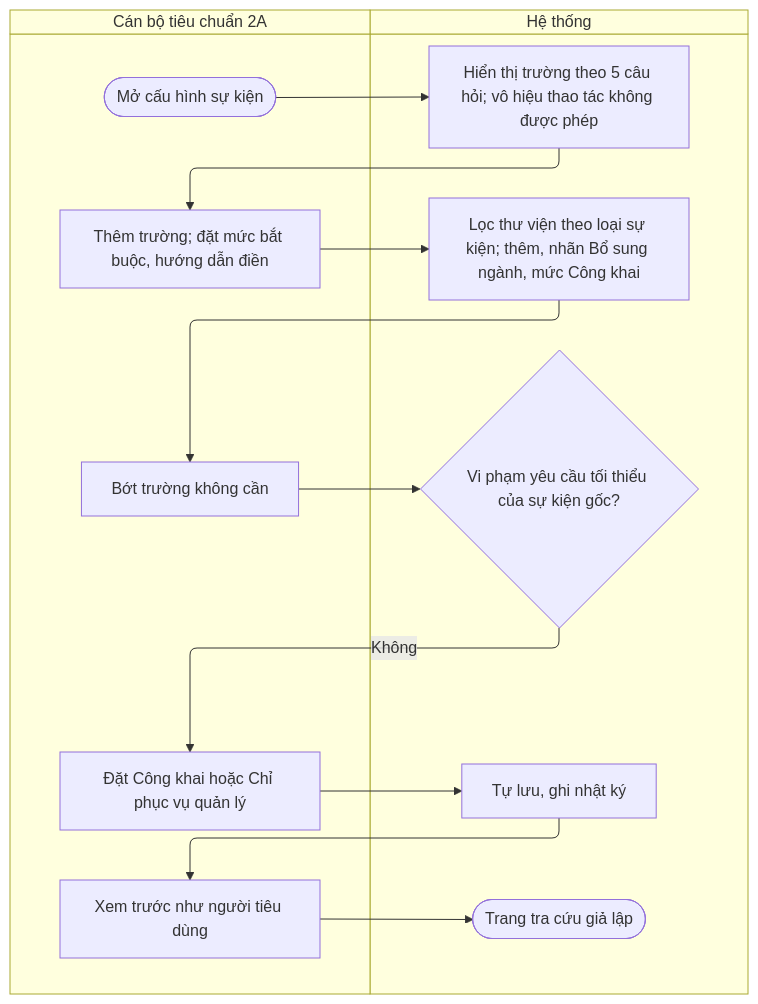
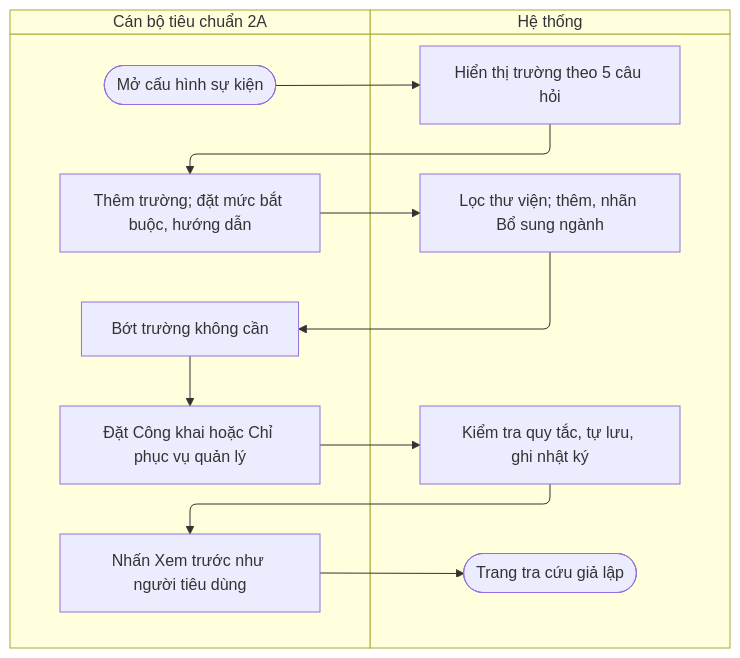
The first of 2 diagrams in docs/prd/quy-trinh-tieu-chuan-txng/7.3-cau-hinh-truong-thong-tin.md (cuongnh-rd/ndatrace-attp), drawn with Mermaid before and after one commit. The commit also changed other lines of this file and 9 other files, not shown here.

First line of the commit message:
docs(prd): vẽ lại swimlane Quy trình tiêu chuẩn TXNG, phạm vi trùng ngành theo cơ quan cấp 2, sửa tham chiếu luồng

````diff
--- a/docs/prd/quy-trinh-tieu-chuan-txng/7.3-cau-hinh-truong-thong-tin.md
+++ b/docs/prd/quy-trinh-tieu-chuan-txng/7.3-cau-hinh-truong-thong-tin.md
@@ -43,26 +43,24 @@
 ```mermaid
 swimlane-beta TB
   subgraph CB["Cán bộ tiêu chuẩn 2A"]
     s(["Mở cấu hình sự kiện"])
-    c1["Thêm trường; đặt mức bắt buộc, hướng dẫn điền"]
+    c1["Thêm trường; đặt mức bắt buộc, hướng dẫn"]
     c2["Bớt trường không cần"]
     c3["Đặt Công khai hoặc Chỉ phục vụ quản lý"]
-    c4["Xem trước như người tiêu dùng"]
+    c4["Nhấn Xem trước như người tiêu dùng"]
   end
   subgraph HT["Hệ thống"]
-    h1["Hiển thị trường theo 5 câu hỏi; vô hiệu thao tác không được phép"]
-    h2["Lọc thư viện theo loại sự kiện; thêm, nhãn Bổ sung ngành, mức Công khai"]
-    d1{"Vi phạm yêu cầu tối thiểu của sự kiện gốc?"}
-    h3["Tự lưu, ghi nhật ký"]
+    h1["Hiển thị trường theo 5 câu hỏi"]
+    h2["Lọc thư viện; thêm, nhãn Bổ sung ngành"]
+    h3["Kiểm tra quy tắc, tự lưu, ghi nhật ký"]
     e(["Trang tra cứu giả lập"])
   end
   s --> h1
   h1 --> c1
   c1 --> h2
   h2 --> c2
-  c2 --> d1
-  d1 -->|Không| c3
+  c2 --> c3
   c3 --> h3
   h3 --> c4
   c4 --> e
 ```
````
